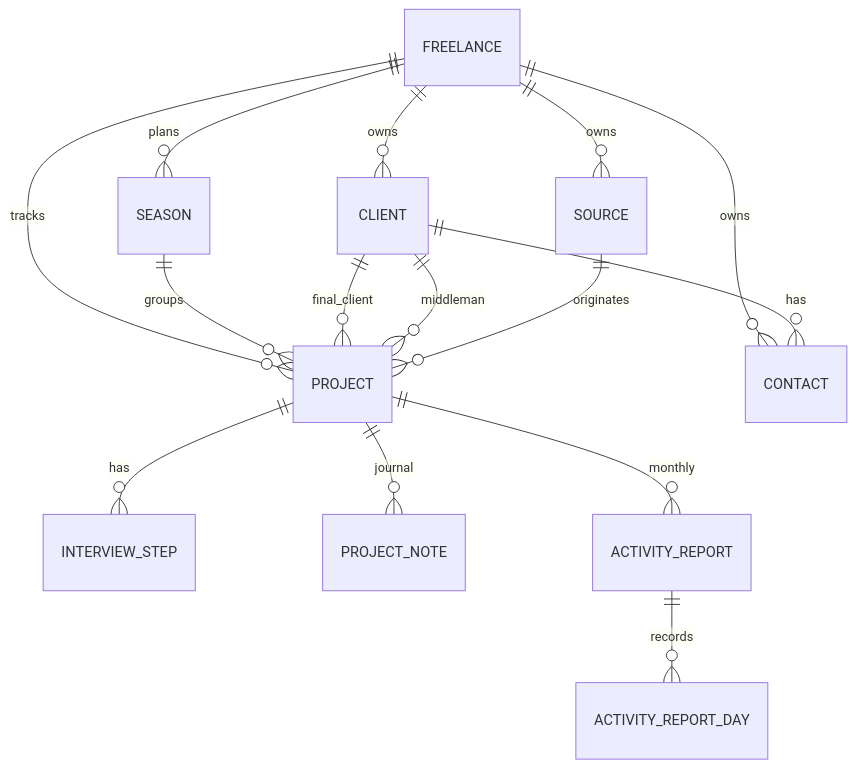
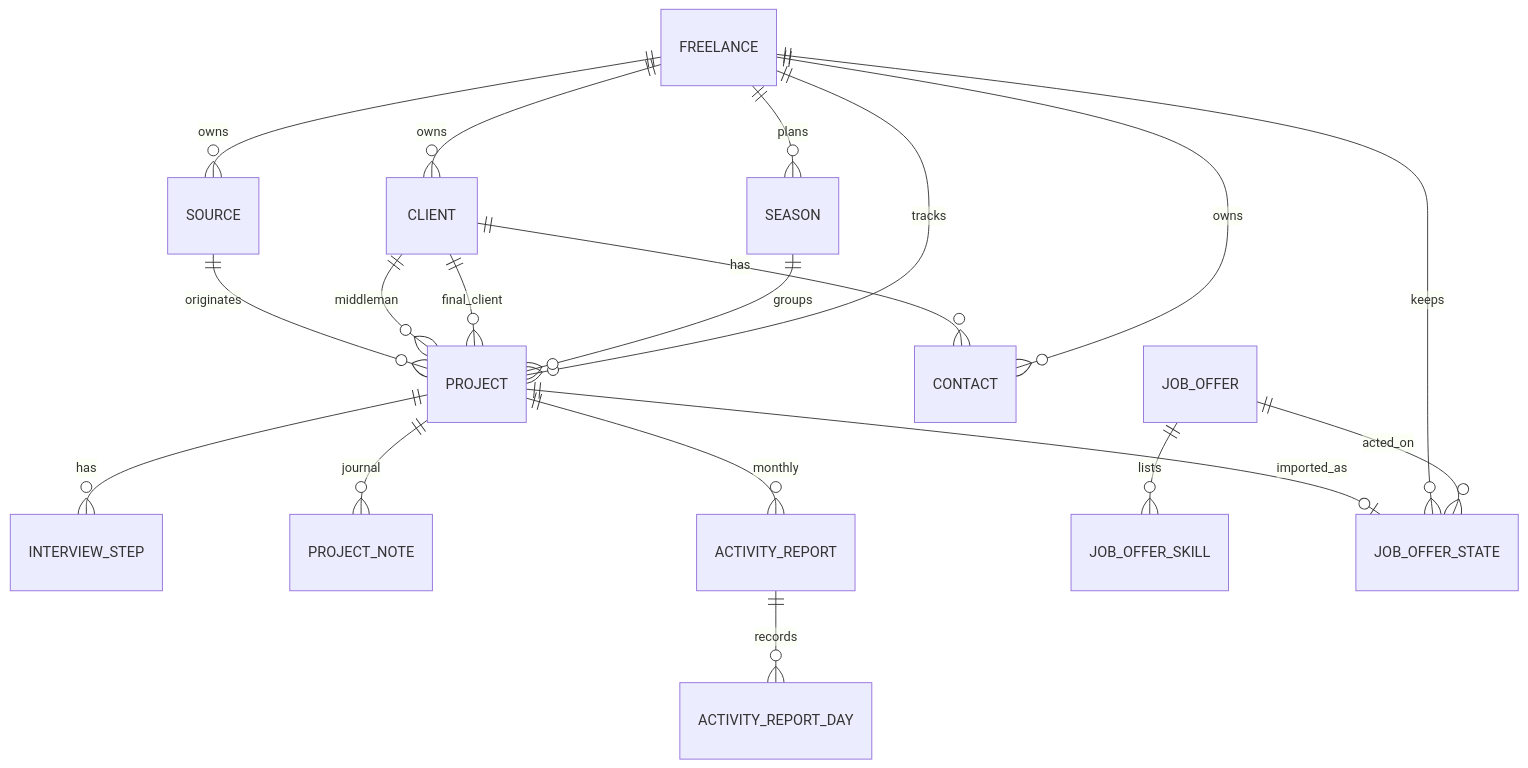
One commit to chefzaid/indezy changed the diagram in docs/data-model.md. Above: the diagram before and after it, drawn with Mermaid. The commit also changed other lines of this file and 140 other files, not shown here.

Commit message:
Add freelance offer feed from five job boards

````diff
--- a/docs/data-model.md
+++ b/docs/data-model.md
@@ -7,17 +7,21 @@
 ```mermaid
 erDiagram
     FREELANCE ||--o{ PROJECT : tracks
     FREELANCE ||--o{ CLIENT : owns
     FREELANCE ||--o{ CONTACT : owns
     FREELANCE ||--o{ SOURCE : owns
     FREELANCE ||--o{ SEASON : plans
     SEASON ||--o{ PROJECT : groups
     CLIENT ||--o{ CONTACT : has
     CLIENT ||--o{ PROJECT : final_client
     CLIENT ||--o{ PROJECT : middleman
     SOURCE ||--o{ PROJECT : originates
     PROJECT ||--o{ INTERVIEW_STEP : has
     PROJECT ||--o{ PROJECT_NOTE : journal
     PROJECT ||--o{ ACTIVITY_REPORT : monthly
     ACTIVITY_REPORT ||--o{ ACTIVITY_REPORT_DAY : records
+    JOB_OFFER ||--o{ JOB_OFFER_SKILL : lists
+    JOB_OFFER ||--o{ JOB_OFFER_STATE : acted_on
+    FREELANCE ||--o{ JOB_OFFER_STATE : keeps
+    PROJECT ||--o| JOB_OFFER_STATE : imported_as
 ```
````
